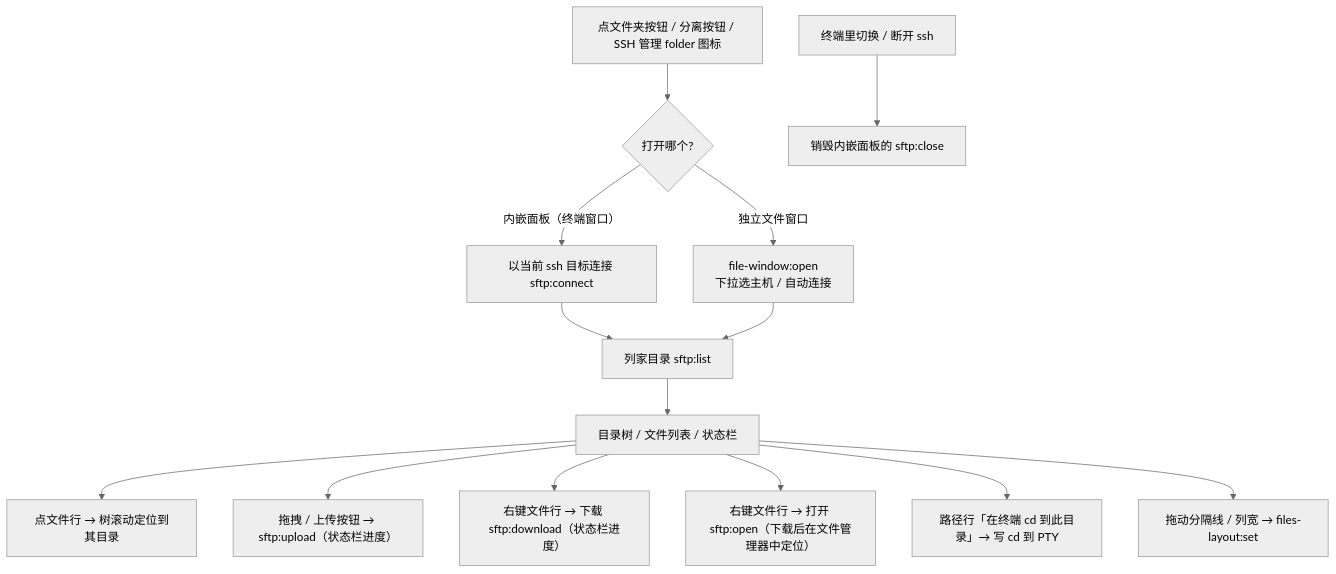
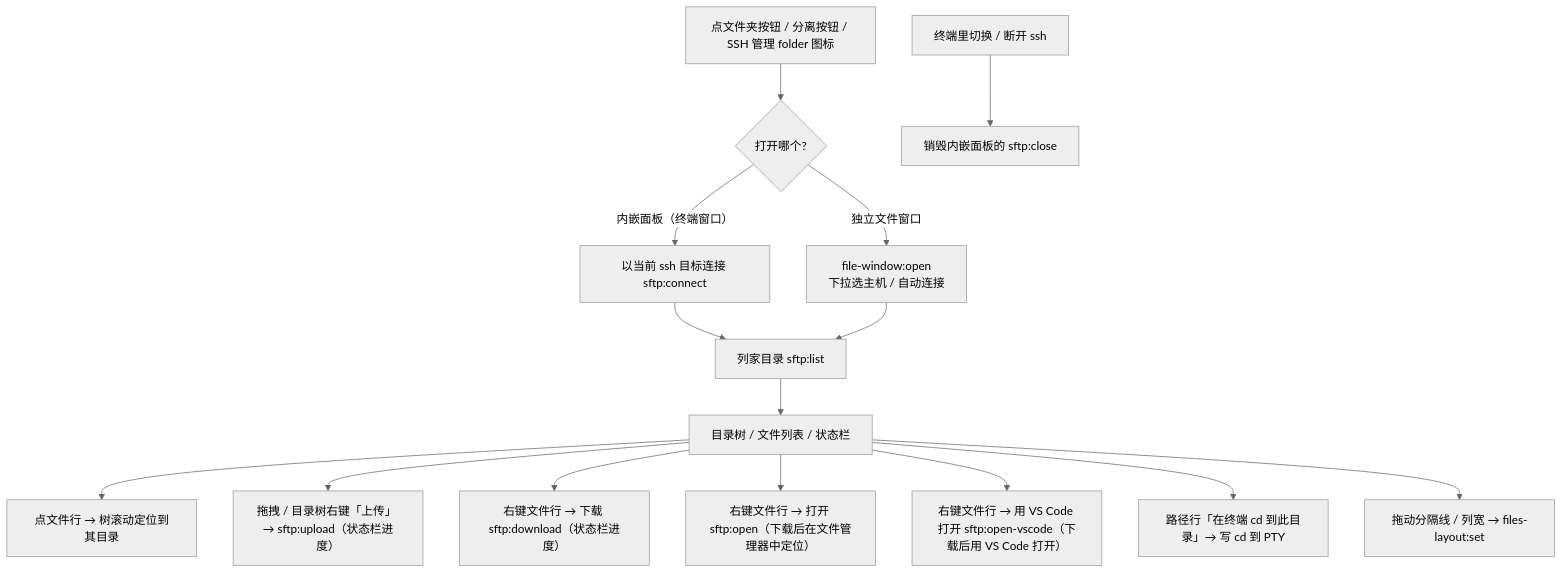
One commit to o8x/ships changed the fifth of 5 diagrams in docs/PRD.md. Above: the diagram before and after it, drawn with Mermaid (neutral theme). The commit also changed other lines of this file and 7 other files, not shown here.

Commit message:
feat: file manager context actions, VS Code open, status logs and menu separators

````diff
--- a/docs/PRD.md
+++ b/docs/PRD.md
@@ -459,16 +460,17 @@
 ```mermaid
 flowchart TD
   A[点文件夹按钮 / 分离按钮 / SSH 管理 folder 图标] --> B{打开哪个?}
   B -- 内嵌面板（终端窗口） --> C[以当前 ssh 目标连接 sftp:connect]
   B -- 独立文件窗口 --> D[file-window:open<br/>下拉选主机 / 自动连接]
   C --> E[列家目录 sftp:list]
   D --> E
   E --> F[目录树 / 文件列表 / 状态栏]
   F --> G[点文件行 → 树滚动定位到其目录]
-  F --> H[拖拽 / 上传按钮 → sftp:upload（状态栏进度）]
+  F --> H[拖拽 / 目录树右键「上传」 → sftp:upload（状态栏进度）]
   F --> I[右键文件行 → 下载 sftp:download（状态栏进度）]
   F --> I2[右键文件行 → 打开 sftp:open（下载后在文件管理器中定位）]
+  F --> I3[右键文件行 → 用 VS Code 打开 sftp:open-vscode（下载后用 VS Code 打开）]
   F --> J[路径行「在终端 cd 到此目录」→ 写 cd 到 PTY]
   F --> K[拖动分隔线 / 列宽 → files-layout:set]
   L[终端里切换 / 断开 ssh] --> M[销毁内嵌面板的 sftp:close]
 ```
````
